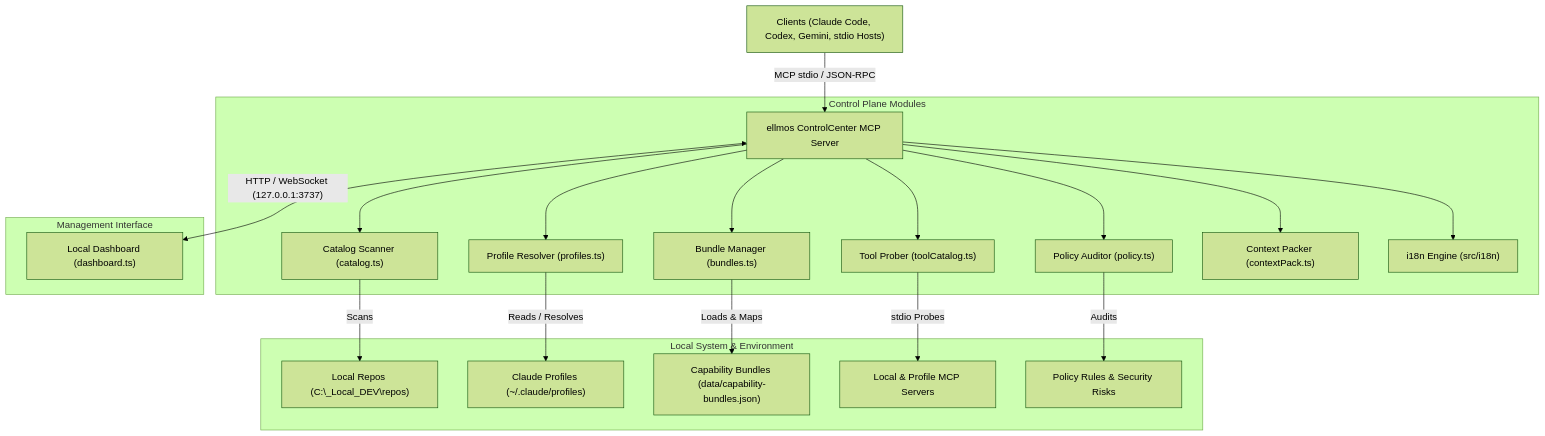
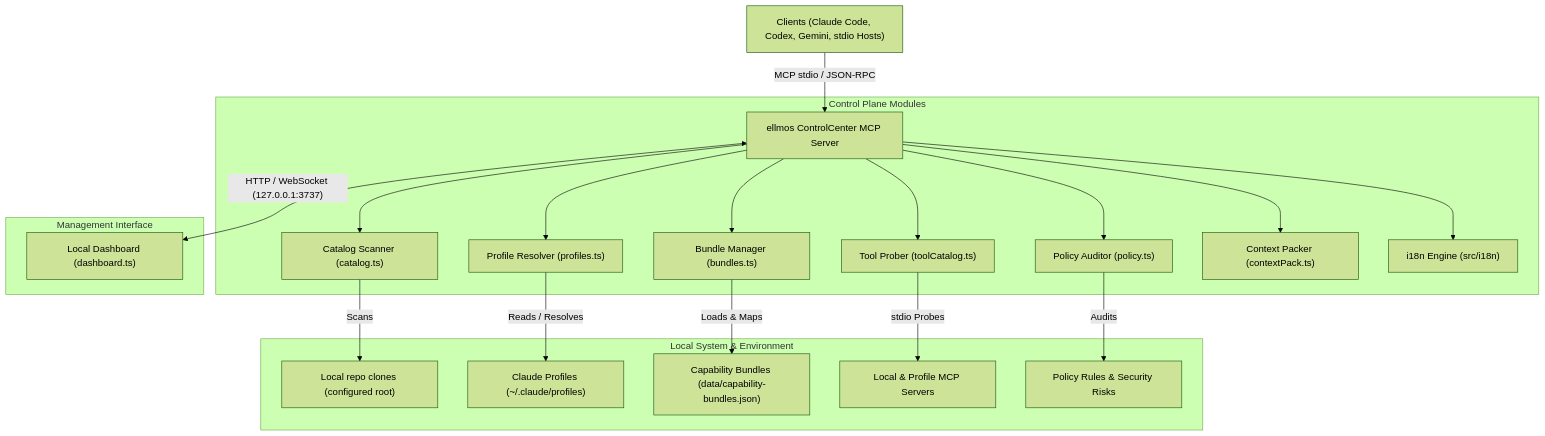
Before and after one commit to ellmos-ai/ellmos-controlcenter-mcp: the first of 2 diagrams in README.md, drawn with Mermaid (forest theme). The commit also changed other lines of this file and 2 other files, not shown here.

````diff
--- a/README.md
+++ b/README.md
@@ -91,26 +91,26 @@
 ```mermaid
 graph TD
     A["Clients (Claude Code, Codex, Gemini, stdio Hosts)"] -->|MCP stdio / JSON-RPC| B["ellmos ControlCenter MCP Server"]
     
     subgraph Core ["Control Plane Modules"]
         B --> C["Catalog Scanner (catalog.ts)"]
         B --> D["Profile Resolver (profiles.ts)"]
         B --> E["Bundle Manager (bundles.ts)"]
         B --> F["Tool Prober (toolCatalog.ts)"]
         B --> G["Policy Auditor (policy.ts)"]
         B --> H["Context Packer (contextPack.ts)"]
         B --> I["i18n Engine (src/i18n)"]
     end
     
     subgraph Storage ["Local System & Environment"]
-        C -->|Scans| S1["Local Repos (C:\_Local_DEV\repos)"]
+        C -->|Scans| S1["Local repo clones (configured root)"]
         D -->|Reads / Resolves| S2["Claude Profiles (~/.claude/profiles)"]
         E -->|Loads & Maps| S3["Capability Bundles (data/capability-bundles.json)"]
         F -->|stdio Probes| S4["Local & Profile MCP Servers"]
         G -->|Audits| S5["Policy Rules & Security Risks"]
     end
     
     subgraph UI ["Management Interface"]
         B <-->|"HTTP / WebSocket (127.0.0.1:3737)"| J["Local Dashboard (dashboard.ts)"]
     end
 ```
````
